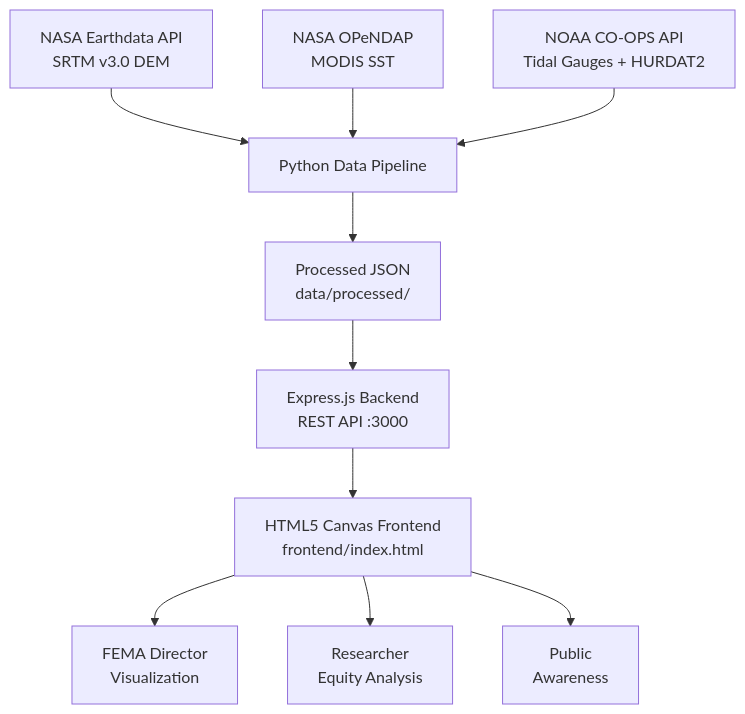
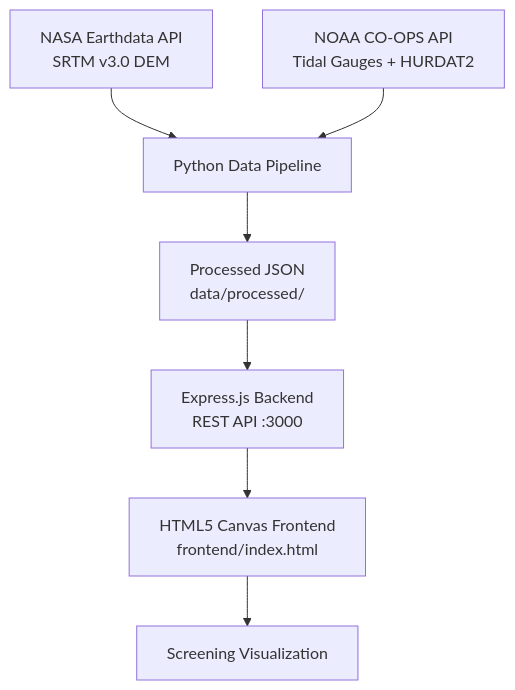
Before and after one commit to Trixx4191/TIDEWATCH: the first of 2 diagrams in docs/TIDEWATCH_Overview.md, drawn with Mermaid. The commit also changed other lines of this file and 18 other files, not shown here.

````diff
--- a/docs/TIDEWATCH_Overview.md
+++ b/docs/TIDEWATCH_Overview.md
@@ -25,12 +25,9 @@
 ```mermaid
 graph TD
     A[NASA Earthdata API\nSRTM v3.0 DEM] --> D[Python Data Pipeline]
-    B[NASA OPeNDAP\nMODIS SST] --> D
     C[NOAA CO-OPS API\nTidal Gauges + HURDAT2] --> D
     D --> E[Processed JSON\ndata/processed/]
     E --> F[Express.js Backend\nREST API :3000]
     F --> G[HTML5 Canvas Frontend\nfrontend/index.html]
-    G --> H[FEMA Director\nVisualization]
-    G --> I[Researcher\nEquity Analysis]
-    G --> J[Public\nAwareness]
+    G --> H[Screening Visualization]
 ```
````
